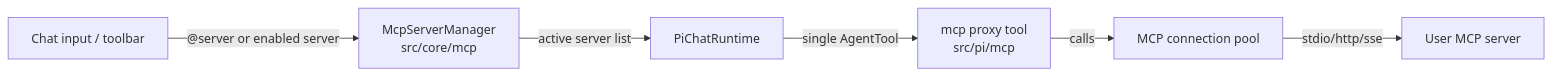
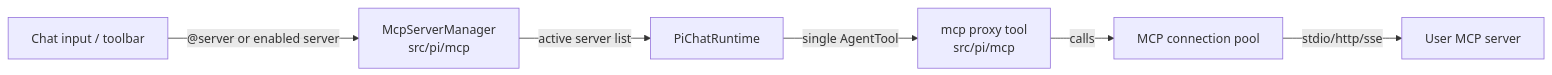
The diagram in docs/architecture/tool-system.md (shuuul/obsidian-pivi), drawn with Mermaid before and after one commit. The commit also changed other lines of this file and 10 other files, not shown here.

````diff
--- a/docs/architecture/tool-system.md
+++ b/docs/architecture/tool-system.md
@@ -64,8 +64,8 @@
 ```mermaid
 flowchart LR
-  UI["Chat input / toolbar"] -- "@server or enabled server" --> Manager["McpServerManager<br/>src/core/mcp"]
+  UI["Chat input / toolbar"] -- "@server or enabled server" --> Manager["McpServerManager<br/>src/pi/mcp"]
   Manager -- "active server list" --> Runtime["PiChatRuntime"]
   Runtime -- "single AgentTool" --> Proxy["mcp proxy tool<br/>src/pi/mcp"]
   Proxy -- "calls" --> Pool["MCP connection pool"]
   Pool -- "stdio/http/sse" --> Server["User MCP server"]
 ```
````
